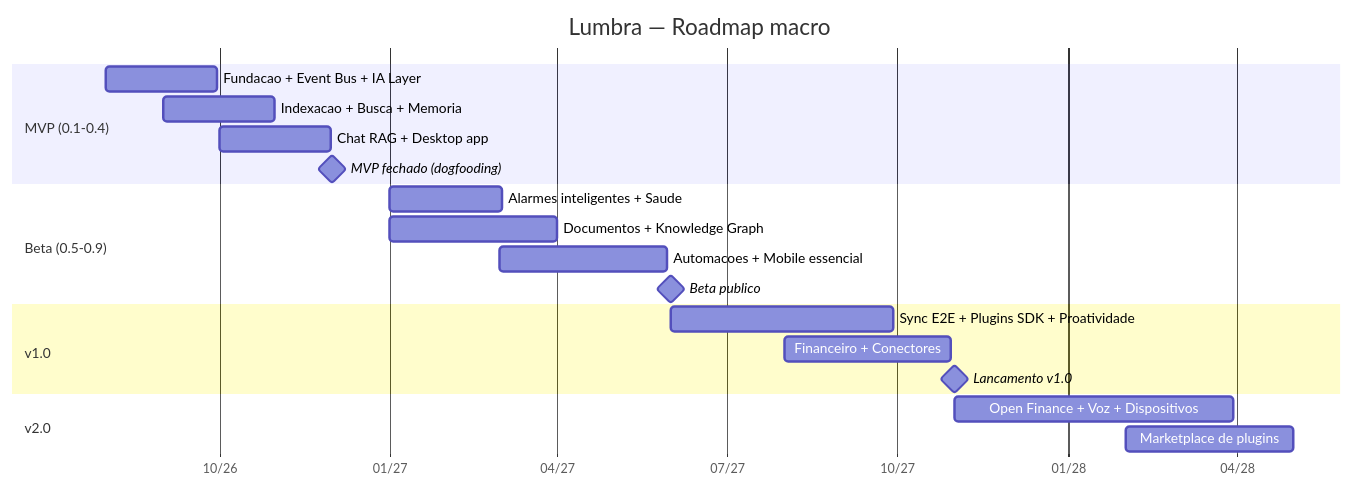
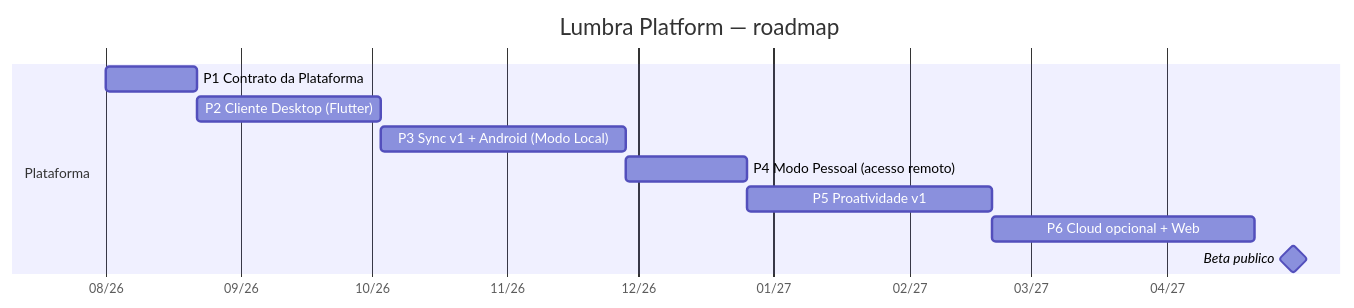
The diagram in docs/13-roadmap.md (brendonhugobarcelosdesouza-cell/Lumbra), drawn with Mermaid before and after one commit. The commit also changed other lines of this file and 2 other files, not shown here.

First line of the commit message:
docs: visao oficial da Lumbra Platform + ADRs 042-046 + roadmap novo

````diff
--- a/docs/13-roadmap.md
+++ b/docs/13-roadmap.md
@@ -5,23 +25,14 @@
 ```mermaid
 gantt
-    title Lumbra — Roadmap macro
+    title Lumbra Platform — roadmap
     dateFormat YYYY-MM-DD
     axisFormat %m/%y
-    section MVP (0.1-0.4)
-    Fundacao + Event Bus + IA Layer       :2026-08-01, 60d
-    Indexacao + Busca + Memoria           :2026-09-01, 60d
-    Chat RAG + Desktop app                :2026-10-01, 60d
-    MVP fechado (dogfooding)              :milestone, 2026-12-01, 0d
-    section Beta (0.5-0.9)
-    Alarmes inteligentes + Saude          :2027-01-01, 60d
-    Documentos + Knowledge Graph          :2027-01-01, 90d
-    Automacoes + Mobile essencial         :2027-03-01, 90d
-    Beta publico                          :milestone, 2027-06-01, 0d
-    section v1.0
-    Sync E2E + Plugins SDK + Proatividade :2027-06-01, 120d
-    Financeiro + Conectores               :2027-08-01, 90d
-    Lancamento v1.0                       :milestone, 2027-11-01, 0d
-    section v2.0
-    Open Finance + Voz + Dispositivos     :2027-11-01, 150d
-    Marketplace de plugins                :2028-02-01, 90d
+    section Plataforma
+    P1 Contrato da Plataforma            :2026-08-01, 21d
+    P2 Cliente Desktop (Flutter)         :2026-08-22, 42d
+    P3 Sync v1 + Android (Modo Local)    :2026-10-03, 56d
+    P4 Modo Pessoal (acesso remoto)      :2026-11-28, 28d
+    P5 Proatividade v1                   :2026-12-26, 56d
+    P6 Cloud opcional + Web              :2027-02-20, 60d
+    Beta publico                         :milestone, 2027-04-30, 0d
 ```
````
